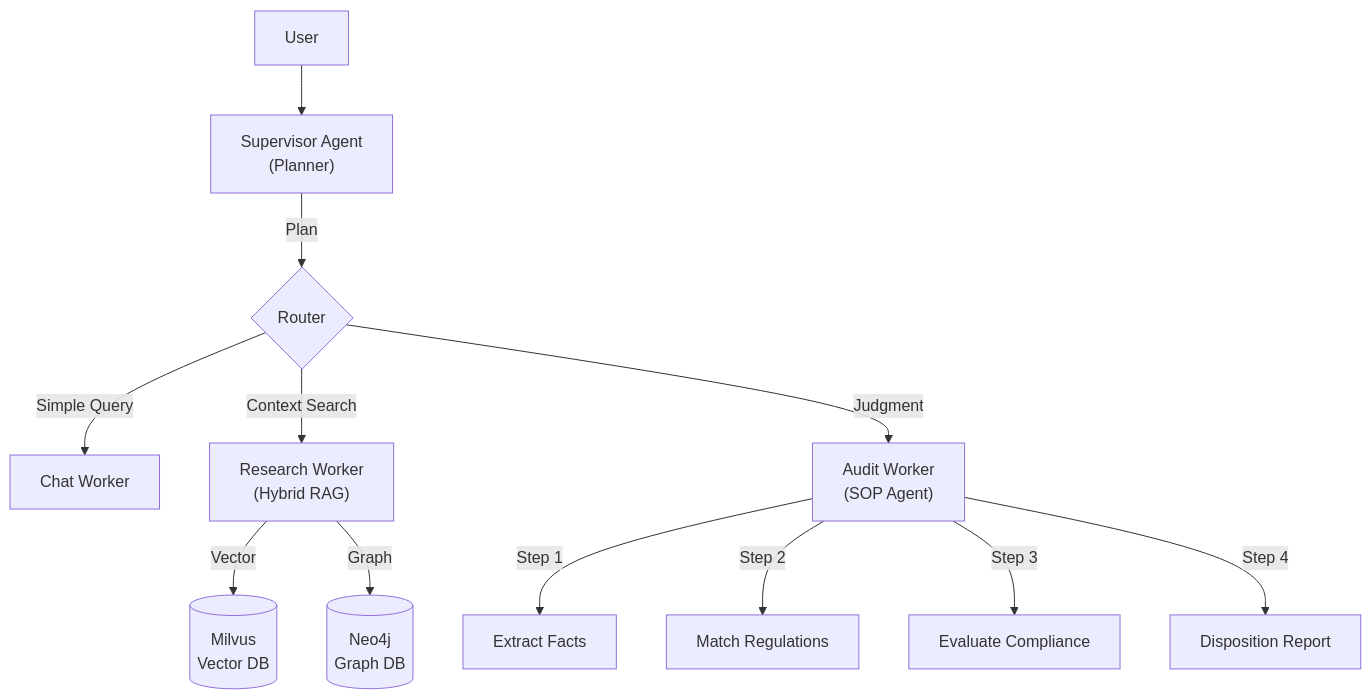
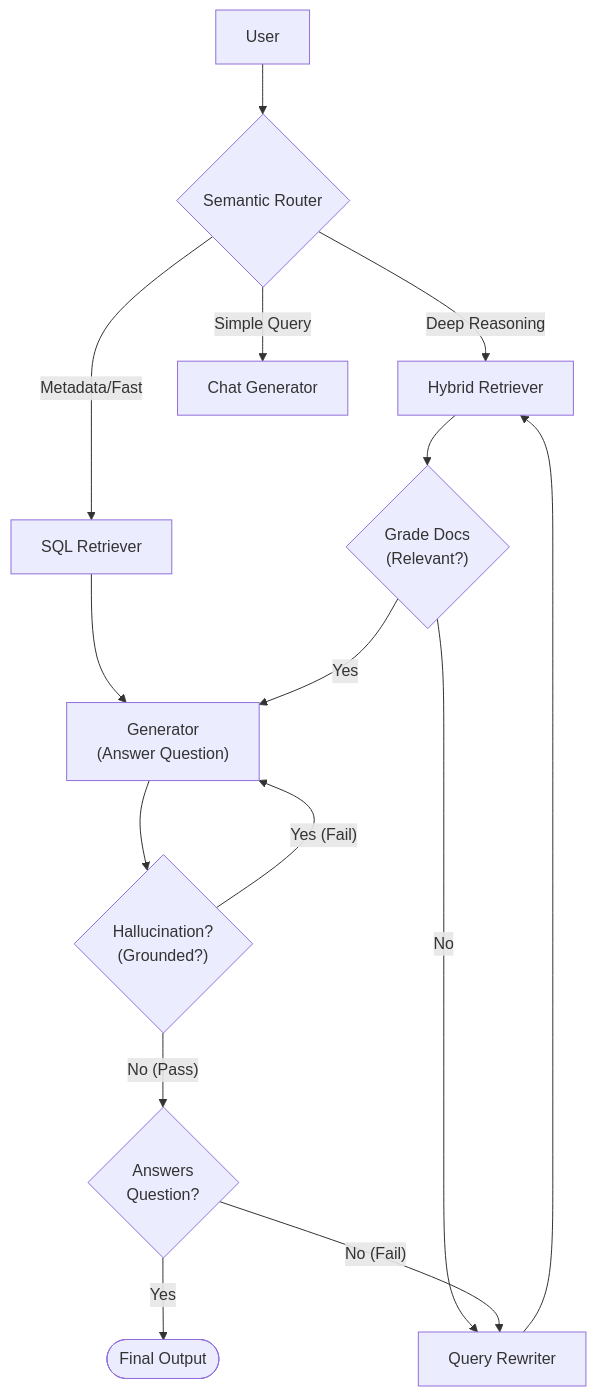
Before and after one commit to jinheeus/AIFFEL_QUEST: the diagram in README.md, drawn with Mermaid. The commit also changed other lines of this file and 61 other files, not shown here.

First line of the commit message:
feat(rag): SQL 기반 메타데이터 검색 및 에이전트 기능 강화

````diff
--- a/README.md
+++ b/README.md
@@ -15,17 +15,27 @@
 ```mermaid
 graph TD
-    User[User] --> Supervisor["Supervisor Agent<br>(Planner)"]
-    Supervisor -->|Plan| Router{Router}
+    User[User] --> Router{"Semantic Router"}
     
-    Router -->|"Simple Query"| Chat["Chat Worker"]
-    Router -->|"Context Search"| Research["Research Worker<br>(Hybrid RAG)"]
-    Router -->|"Judgment"| Audit["Audit Worker<br>(SOP Agent)"]
+    %% Routing Paths
+    Router -->|"Deep Reasoning"| Hybrid["Hybrid Retriever"]
+    Router -->|"Metadata/Fast"| SQL["SQL Retriever"]
+    Router -->|"Simple Query"| Chat["Chat Generator"]
     
-    Research -->|Vector| Milvus[("Milvus<br>Vector DB")]
-    Research -->|Graph| Neo4j[("Neo4j<br>Graph DB")]
+    %% SQL Path
+    SQL --> Generate
+
+    %% Corrective RAG (CRAG)
+    Hybrid --> GradeDocs{"Grade Docs<br>(Relevant?)"}
+    GradeDocs -->|Yes| Generate["Generator<br>(Answer Question)"]
+    GradeDocs -->|No| Rewrite["Query Rewriter"]
+    Rewrite --> Hybrid
     
-    Audit -->|"Step 1"| Fact["Extract Facts"]
-    Audit -->|"Step 2"| Regs["Match Regulations"]
-    Audit -->|"Step 3"| Comp["Evaluate Compliance"]
-    Audit -->|"Step 4"| Report["Disposition Report"]
+    %% Self-RAG (Verification)
+    Generate --> GradeHallu{"Hallucination?<br>(Grounded?)"}
+    
+    GradeHallu -->|"Yes (Fail)"| Generate
+    GradeHallu -->|"No (Pass)"| GradeAnswer{"Answers<br>Question?"}
+    
+    GradeAnswer -->|Yes| End(["Final Output"])
+    GradeAnswer -->|"No (Fail)"| Rewrite
 ```
````
